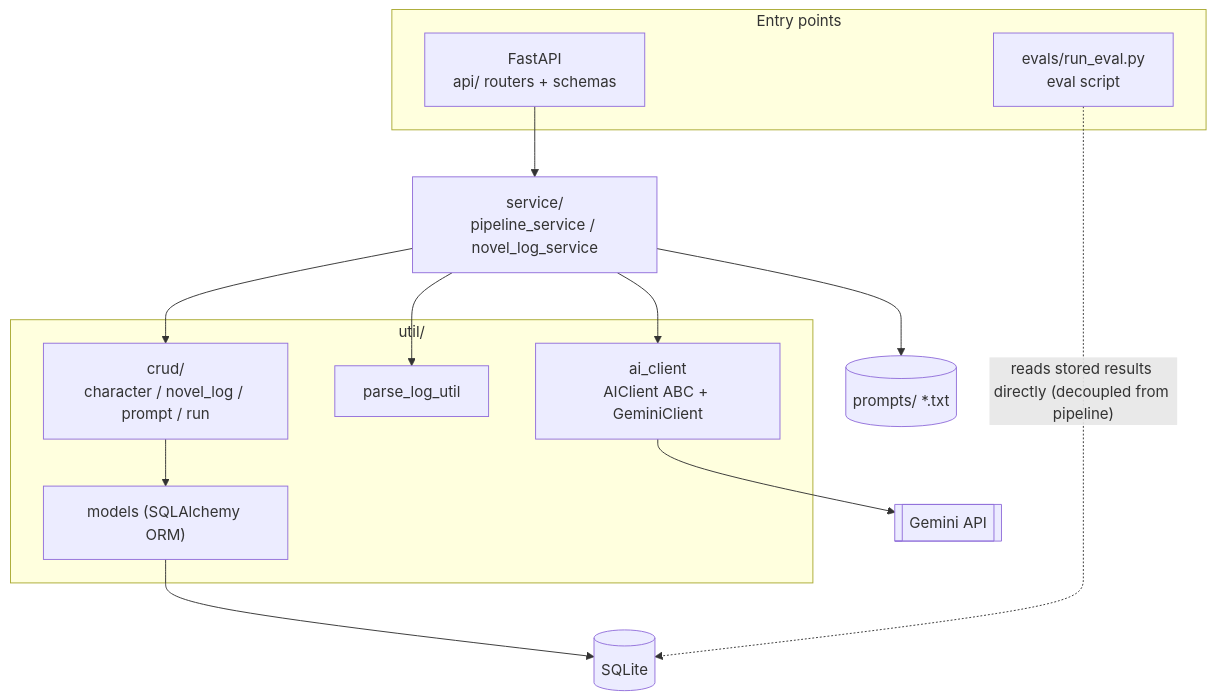
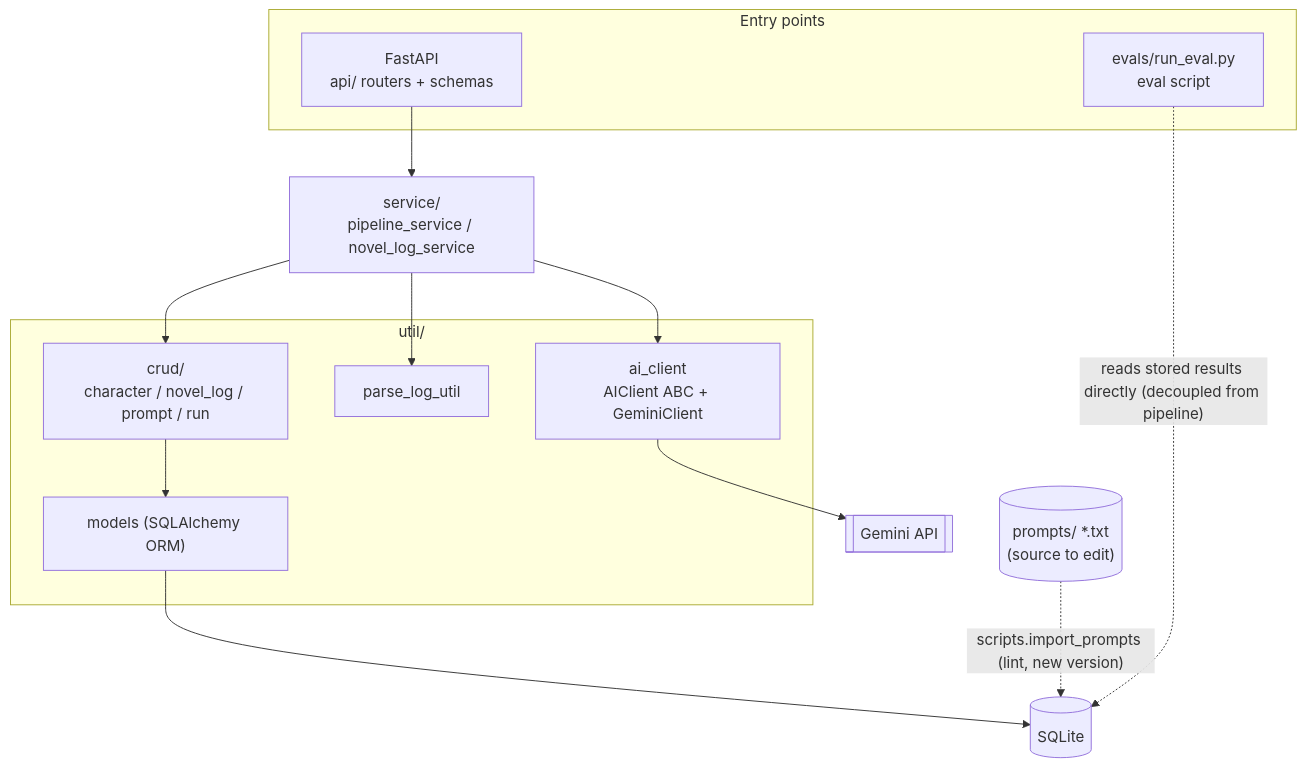
Before and after one commit to weifhsiao/narrative-analysis-pipeline: the diagram in README.md, drawn with Mermaid. The commit also changed other lines of this file and 1 other file, not shown here.

Commit message:
docs: README for DB-backed versioned prompts

````diff
--- a/README.md
+++ b/README.md
@@ -17,27 +17,27 @@
 ```mermaid
 flowchart TB
     subgraph entries["Entry points"]
         API["FastAPI<br/>api/ routers + schemas"]
         EvalScript["evals/run_eval.py<br/>eval script"]
     end
 
     Service["service/<br/>pipeline_service / novel_log_service"]
 
     subgraph util["util/"]
         AIClient["ai_client<br/>AIClient ABC + GeminiClient"]
         Parser["parse_log_util"]
         CRUD["crud/<br/>character / novel_log / prompt / run"]
         Models["models (SQLAlchemy ORM)"]
     end
 
-    Prompts[("prompts/ *.txt")]
+    Prompts[("prompts/ *.txt<br/>(source to edit)")]
     DB[("SQLite")]
     Gemini[["Gemini API"]]
 
     API --> Service
     Service --> Parser
-    Service --> Prompts
     Service --> AIClient --> Gemini
     Service --> CRUD --> Models --> DB
+    Prompts -. "scripts.import_prompts (lint, new version)" .-> DB
     EvalScript -. "reads stored results directly (decoupled from pipeline)" .-> DB
 ```
````
